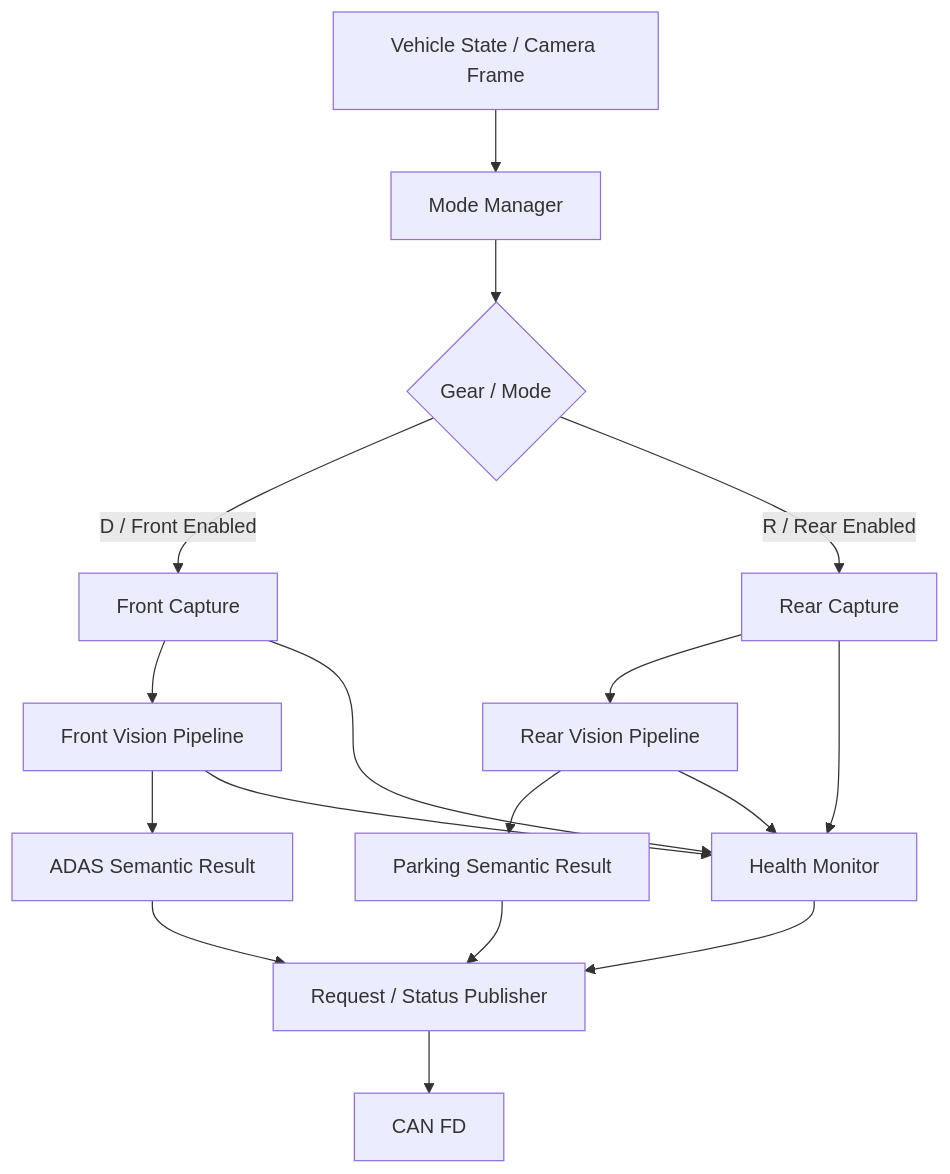
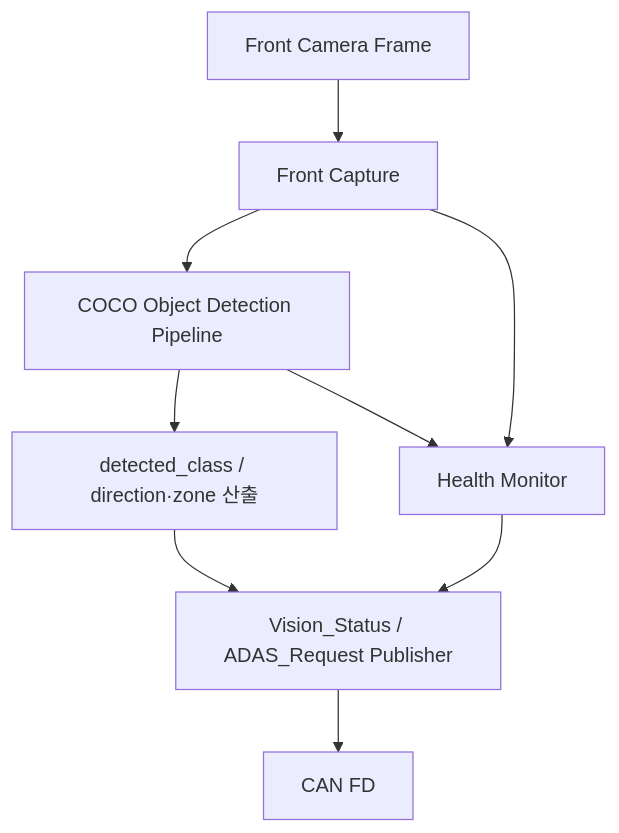
One commit to sunmaan22/SDV_MCU_Project changed the diagram in docs/ecus/HPC_Camera_Vision/SPECIFICATION.md. Above: the diagram before and after it, drawn with Mermaid. The commit also changed other lines of this file and 28 other files, not shown here.

````diff
--- a/docs/ecus/HPC_Camera_Vision/SPECIFICATION.md
+++ b/docs/ecus/HPC_Camera_Vision/SPECIFICATION.md
@@ -103,19 +96,11 @@
 ```mermaid
 flowchart TD
-    A[Vehicle State / Camera Frame] --> B[Mode Manager]
-    B --> C{Gear / Mode}
-    C -->|D / Front Enabled| D[Front Capture]
-    C -->|R / Rear Enabled| E[Rear Capture]
-    D --> F[Front Vision Pipeline]
-    E --> G[Rear Vision Pipeline]
-    F --> H[ADAS Semantic Result]
-    G --> I[Parking Semantic Result]
-    H --> J[Request / Status Publisher]
-    I --> J
-    J --> K[CAN FD]
-    D --> L[Health Monitor]
-    E --> L
-    F --> L
-    G --> L
-    L --> J
+    A[Front Camera Frame] --> B[Front Capture]
+    B --> C[COCO Object Detection Pipeline]
+    C --> D[detected_class / direction·zone 산출]
+    D --> E[Vision_Status / ADAS_Request Publisher]
+    E --> F[CAN FD]
+    B --> G[Health Monitor]
+    C --> G
+    G --> E
 ```
````
